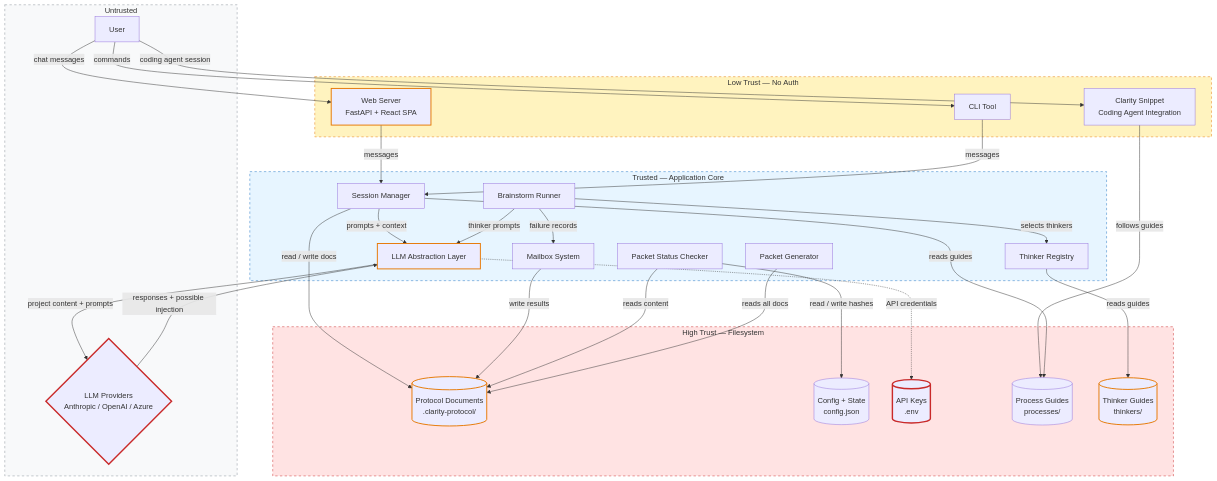
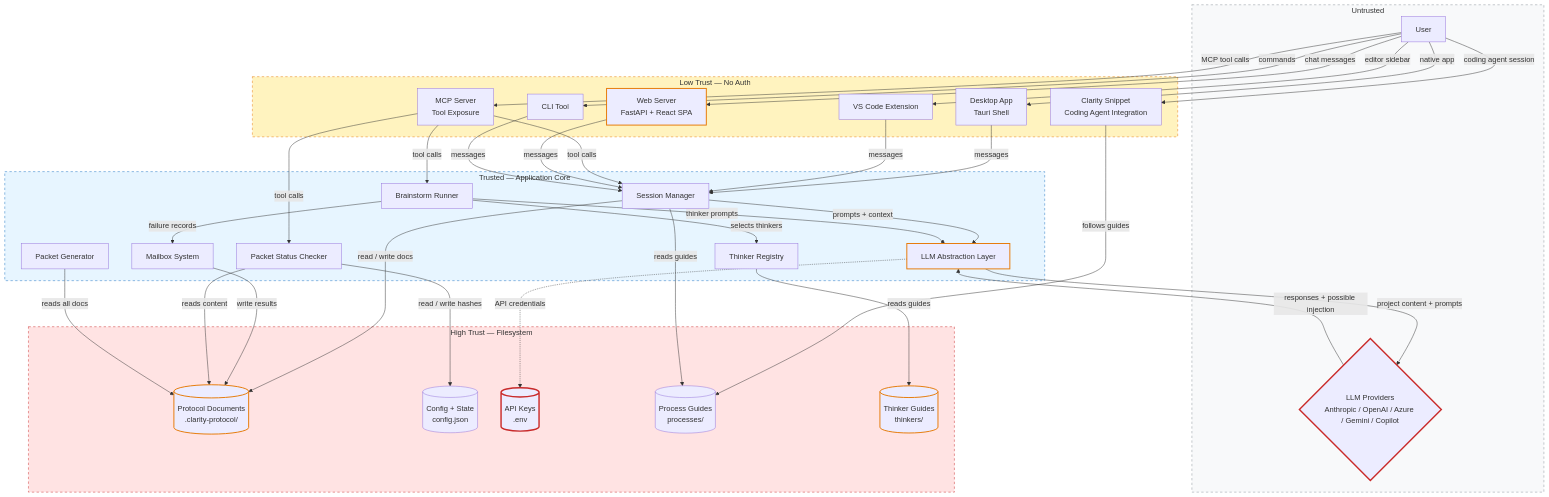
The first of 2 diagrams in .clarity-protocol/solution/architecture.md (microsoft/clarity-agent), drawn with Mermaid before and after one commit. The commit also changed other lines of this file and 2 other files, not shown here.

````diff
--- a/.clarity-protocol/solution/architecture.md
+++ b/.clarity-protocol/solution/architecture.md
@@ -239,67 +254,78 @@
 ```mermaid
 flowchart TB
     subgraph untrusted["Untrusted"]
         User["User"]
-        LLMProviders{"LLM Providers\nAnthropic / OpenAI / Azure"}
+        LLMProviders{"LLM Providers\nAnthropic / OpenAI / Azure / Gemini / Copilot"}
     end
 
     subgraph low_trust["Low Trust — No Auth"]
         WebServer["Web Server\nFastAPI + React SPA"]
         CLI["CLI Tool"]
         Snippet["Clarity Snippet\nCoding Agent Integration"]
+        Desktop["Desktop App\nTauri Shell"]
+        VSCode["VS Code Extension"]
+        MCPServer["MCP Server\nTool Exposure"]
     end
 
     subgraph trusted["Trusted — Application Core"]
         Session["Session Manager"]
         BrainstormRunner["Brainstorm Runner"]
         PacketStatusChecker["Packet Status Checker"]
         ThinkerRegistry["Thinker Registry"]
         LLMLayer["LLM Abstraction Layer"]
         Mailbox["Mailbox System"]
         PacketGen["Packet Generator"]
     end
 
     subgraph high_trust["High Trust — Filesystem"]
         ProtocolDocs[("Protocol Documents\n.clarity-protocol/")]
         ConfigJSON[("Config + State\nconfig.json")]
         APIKeys[("API Keys\n.env")]
         ProcessGuides[("Process Guides\nprocesses/")]
         ThinkerGuides[("Thinker Guides\nthinkers/")]
     end
 
     User -->|"chat messages"| WebServer
     User -->|"commands"| CLI
     User -->|"coding agent session"| Snippet
+    User -->|"native app"| Desktop
+    User -->|"editor sidebar"| VSCode
+    User -->|"MCP tool calls"| MCPServer
+    Desktop -->|"messages"| Session
+    VSCode -->|"messages"| Session
+    MCPServer -->|"tool calls"| Session
+    MCPServer -->|"tool calls"| BrainstormRunner
+    MCPServer -->|"tool calls"| PacketStatusChecker
     WebServer -->|"messages"| Session
     CLI -->|"messages"| Session
     Snippet -->|"follows guides"| ProcessGuides
     Session -->|"reads guides"| ProcessGuides
     Session -->|"read / write docs"| ProtocolDocs
     Session -->|"prompts + context"| LLMLayer
     LLMLayer -.->|"API credentials"| APIKeys
     LLMLayer -->|"project content + prompts"| LLMProviders
     LLMProviders -->|"responses + possible injection"| LLMLayer
     BrainstormRunner -->|"selects thinkers"| ThinkerRegistry
     ThinkerRegistry -->|"reads guides"| ThinkerGuides
     BrainstormRunner -->|"thinker prompts"| LLMLayer
     BrainstormRunner -->|"failure records"| Mailbox
     Mailbox -->|"write results"| ProtocolDocs
     PacketStatusChecker -->|"read / write hashes"| ConfigJSON
     PacketStatusChecker -->|"reads content"| ProtocolDocs
     PacketGen -->|"reads all docs"| ProtocolDocs
 
     style untrusted fill:#f8f9fa,stroke:#868e96,stroke-dasharray:5
     style low_trust fill:#fff3bf,stroke:#e67700,stroke-dasharray:5
     style trusted fill:#e7f5ff,stroke:#1971c2,stroke-dasharray:5
     style high_trust fill:#ffe3e3,stroke:#c92a2a,stroke-dasharray:5
 
     classDef critical stroke:#c92a2a,stroke-width:3px
     classDef high_sev stroke:#e67700,stroke-width:2px
 
     APIKeys:::critical
     LLMProviders:::critical
     LLMLayer:::high_sev
     WebServer:::high_sev
     ProtocolDocs:::high_sev
     ThinkerGuides:::high_sev
 ```
````
